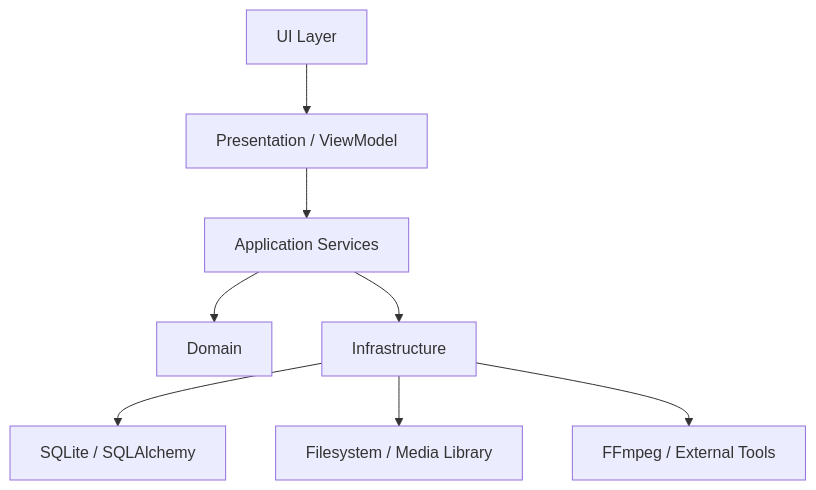
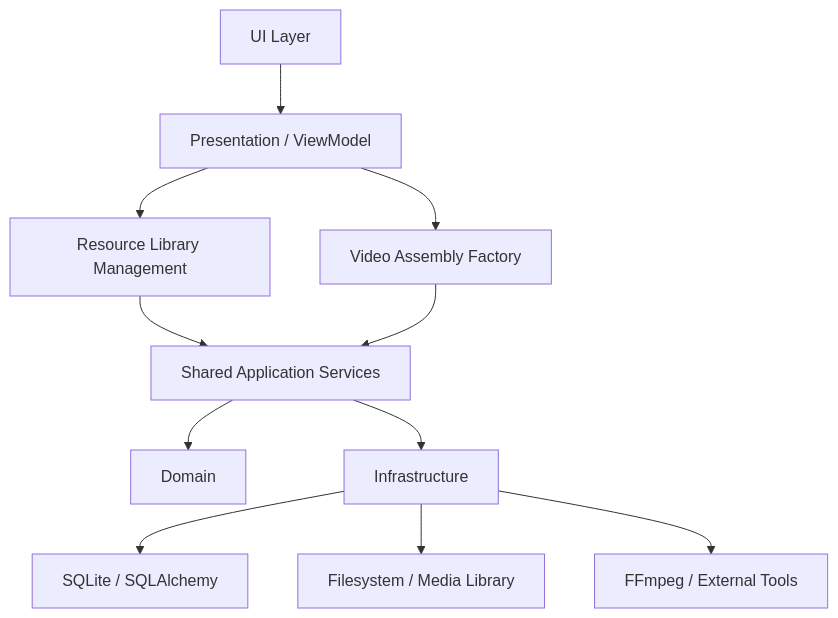
Before and after one commit to idev006/MTClipFactory: the first of 6 diagrams in doc/10_UML_System_Overview.md, drawn with Mermaid. The commit also changed other lines of this file and 45 other files, not shown here.

Commit message:
Add resource library asset intake foundation

````diff
--- a/doc/10_UML_System_Overview.md
+++ b/doc/10_UML_System_Overview.md
@@ -7,10 +7,13 @@
 ```mermaid
 flowchart TB
     UI["UI Layer"] --> VM["Presentation / ViewModel"]
-    VM --> APP["Application Services"]
+    VM --> LIB["Resource Library Management"]
+    VM --> FAC["Video Assembly Factory"]
+    LIB --> APP["Shared Application Services"]
+    FAC --> APP
     APP --> DOMAIN["Domain"]
     APP --> INFRA["Infrastructure"]
     INFRA --> DB["SQLite / SQLAlchemy"]
     INFRA --> FS["Filesystem / Media Library"]
     INFRA --> EXT["FFmpeg / External Tools"]
 ```
````
